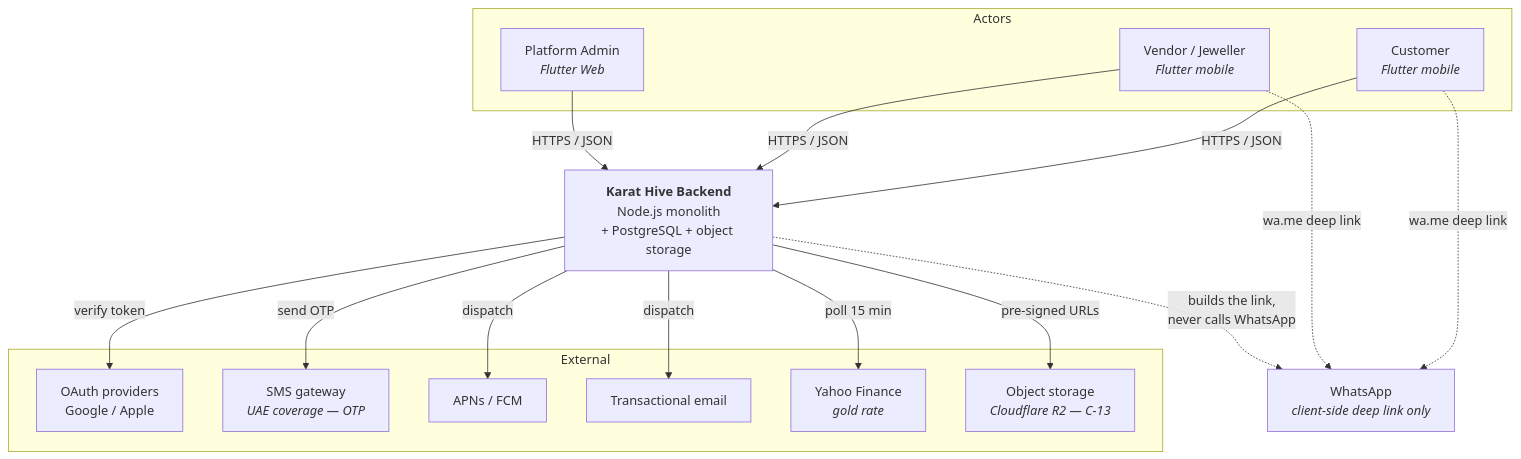
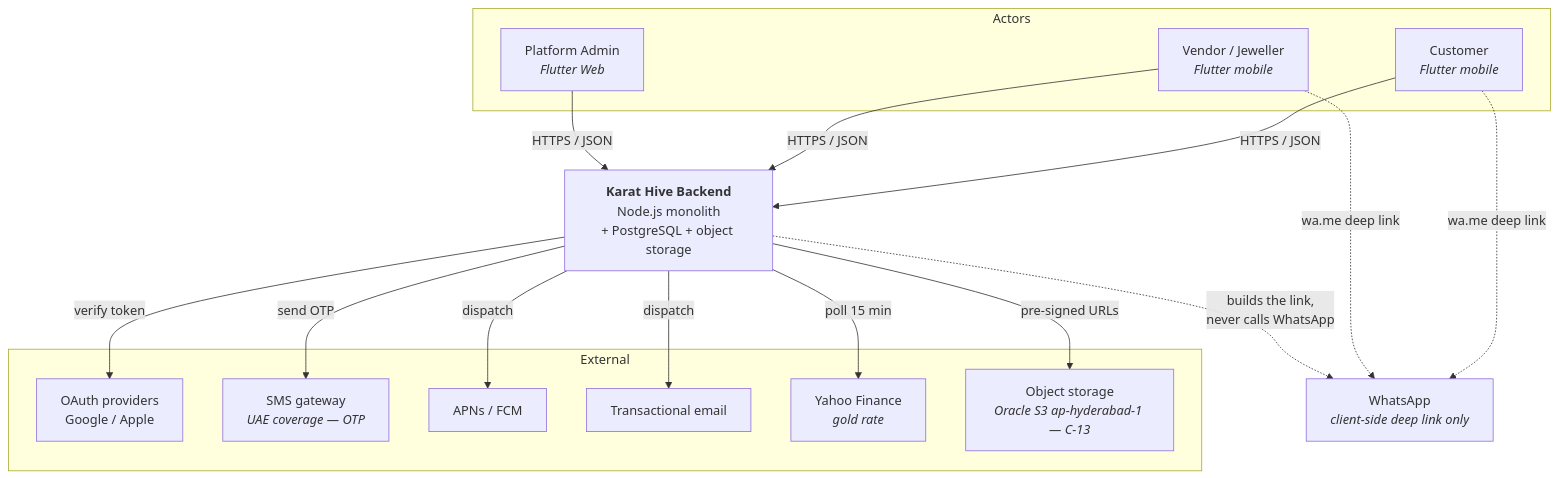
Before and after one commit to shabibmr/karat-hive: the second of 7 diagrams in docs/Architecture-Backend.md, drawn with Mermaid. The commit also changed other lines of this file and 25 other files, not shown here.

First line of the commit message:
feat(backend): store objects on Oracle S3 in ap-hyderabad-1

````diff
--- a/docs/Architecture-Backend.md
+++ b/docs/Architecture-Backend.md
@@ -171,36 +171,36 @@
 ```mermaid
 flowchart TB
     subgraph Actors
         CUS["Customer<br/><i>Flutter mobile</i>"]
         VEN["Vendor / Jeweller<br/><i>Flutter mobile</i>"]
         ADM["Platform Admin<br/><i>Flutter Web</i>"]
     end
 
     KH["<b>Karat Hive Backend</b><br/>Node.js monolith<br/>+ PostgreSQL + object storage"]
 
     subgraph External
         OAUTH["OAuth providers<br/>Google / Apple"]
         SMS["SMS gateway<br/><i>UAE coverage — OTP</i>"]
         PUSH["APNs / FCM"]
         MAIL["Transactional email"]
         RATE["Yahoo Finance<br/><i>gold rate</i>"]
-        OBJ["Object storage<br/><i>Cloudflare R2 — C-13</i>"]
+        OBJ["Object storage<br/><i>Oracle S3 ap-hyderabad-1 — C-13</i>"]
     end
 
     WA["WhatsApp<br/><i>client-side deep link only</i>"]
 
     CUS -->|HTTPS / JSON| KH
     VEN -->|HTTPS / JSON| KH
     ADM -->|HTTPS / JSON| KH
 
     KH -->|verify token| OAUTH
     KH -->|send OTP| SMS
     KH -->|dispatch| PUSH
     KH -->|dispatch| MAIL
     KH -->|poll 15 min| RATE
     KH -->|pre-signed URLs| OBJ
 
     CUS -.->|wa.me deep link| WA
     VEN -.->|wa.me deep link| WA
     KH -.->|builds the link,<br/>never calls WhatsApp| WA
 ```
````
